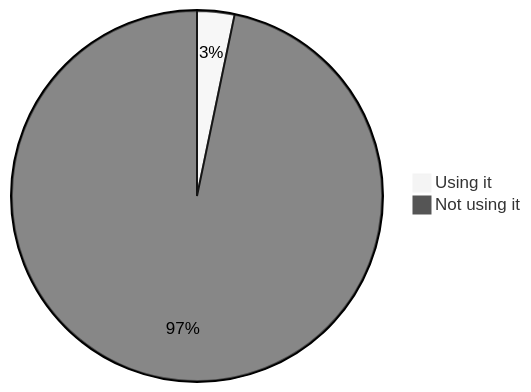
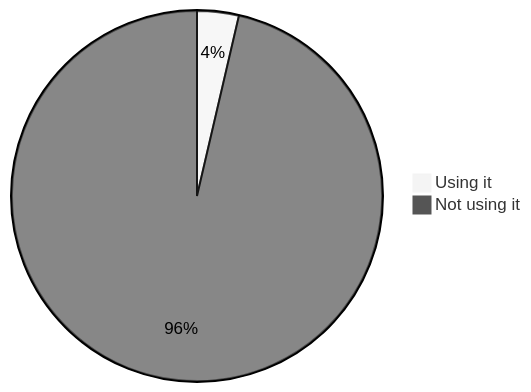
Diagram 17 of 22 in stats.md (oshp/oshp-stats), drawn with Mermaid (neutral theme) before and after one commit. The commit also changed other lines of this file, not shown here.

````diff
--- a/stats.md
+++ b/stats.md
@@ -202,6 +202,6 @@
 ```mermaid
 pie
-	"Using it" : 3.26
-	"Not using it" : 96.74
+	"Using it" : 3.64
+	"Not using it" : 96.36
 
 ```
````
